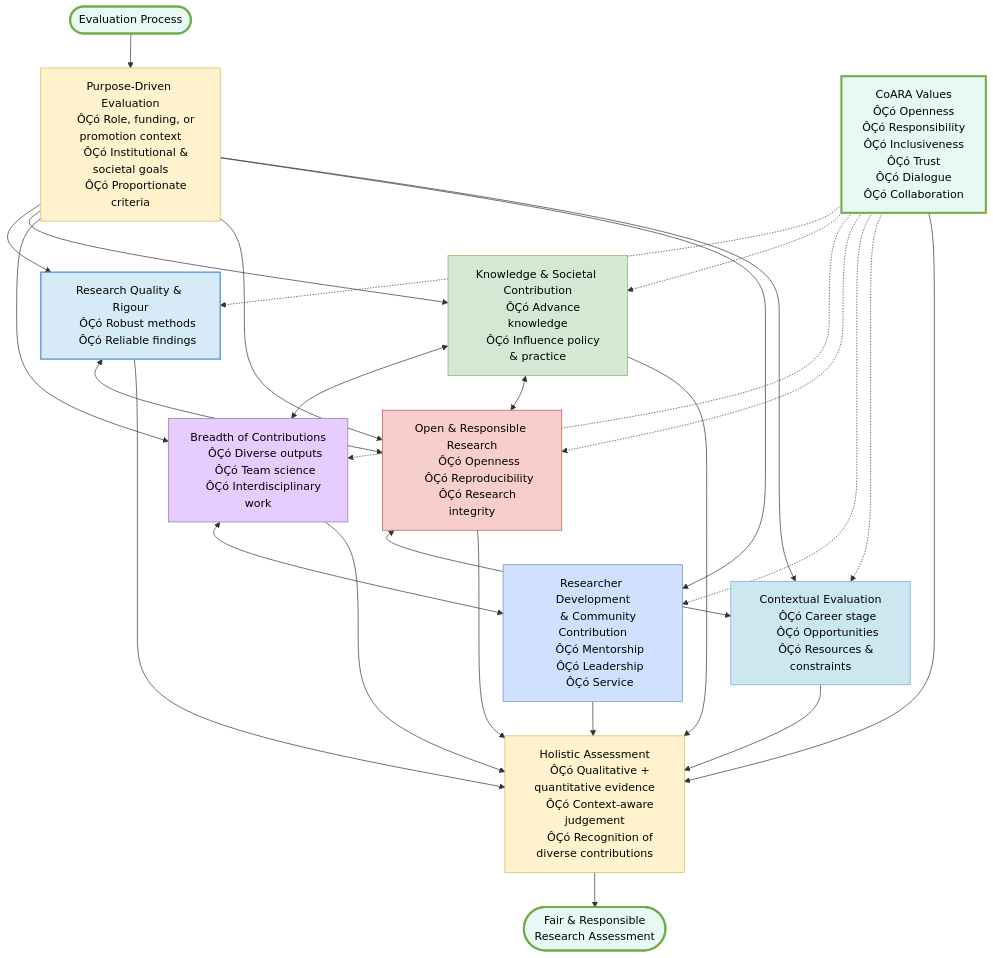
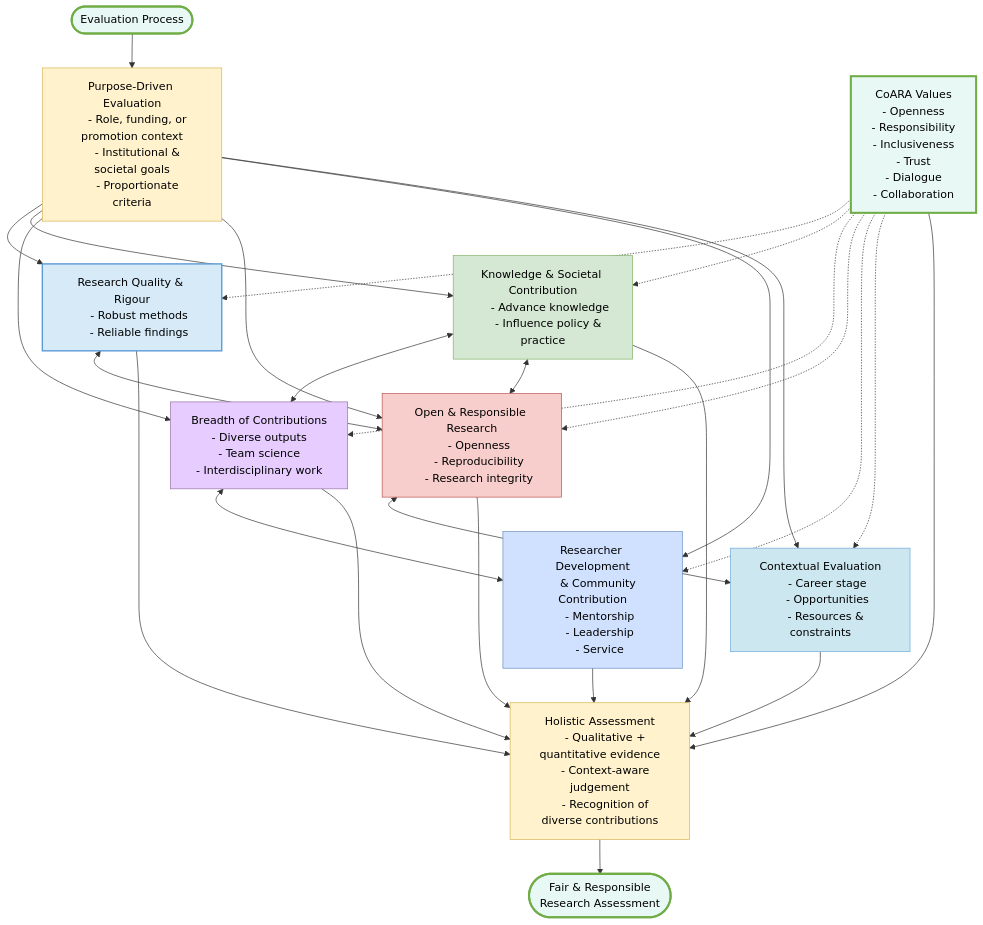
The third of 3 diagrams in 6.1-Research-Assessment-Reform-Guidance-for-Research-Evaluators.md (Digital-Future-Institute/CoARA), drawn with Mermaid before and after one commit. The commit also changed other lines of this file and 50 other files, not shown here.

```diff
--- a/6.1-Research-Assessment-Reform-Guidance-for-Research-Evaluators.md
+++ b/6.1-Research-Assessment-Reform-Guidance-for-Research-Evaluators.md
@@ -254,51 +254,51 @@
     START([Evaluation Process])
 
     PURPOSE["Purpose-Driven Evaluation
-    ÔÇó Role, funding, or promotion context
-    ÔÇó Institutional & societal goals
-    ÔÇó Proportionate criteria"]
+    - Role, funding, or promotion context
+    - Institutional & societal goals
+    - Proportionate criteria"]
 
     A["Research Quality & Rigour
-    ÔÇó Robust methods
-    ÔÇó Reliable findings"]
+    - Robust methods
+    - Reliable findings"]
 
     B["Knowledge & Societal Contribution
-    ÔÇó Advance knowledge
-    ÔÇó Influence policy & practice"]
+    - Advance knowledge
+    - Influence policy & practice"]
 
     C["Breadth of Contributions
-    ÔÇó Diverse outputs
-    ÔÇó Team science
-    ÔÇó Interdisciplinary work"]
+    - Diverse outputs
+    - Team science
+    - Interdisciplinary work"]
 
     D["Open & Responsible Research
-    ÔÇó Openness
-    ÔÇó Reproducibility
-    ÔÇó Research integrity"]
+    - Openness
+    - Reproducibility
+    - Research integrity"]
 
     E["Researcher Development
     & Community Contribution
-    ÔÇó Mentorship
-    ÔÇó Leadership
-    ÔÇó Service"]
+    - Mentorship
+    - Leadership
+    - Service"]
 
     F["Contextual Evaluation
-    ÔÇó Career stage
-    ÔÇó Opportunities
-    ÔÇó Resources & constraints"]
+    - Career stage
+    - Opportunities
+    - Resources & constraints"]
 
     G["CoARA Values
-    ÔÇó Openness
-    ÔÇó Responsibility
-    ÔÇó Inclusiveness
-    ÔÇó Trust
-    ÔÇó Dialogue
-    ÔÇó Collaboration"]
+    - Openness
+    - Responsibility
+    - Inclusiveness
+    - Trust
+    - Dialogue
+    - Collaboration"]
 
     DECISION["Holistic Assessment
-    ÔÇó Qualitative + quantitative evidence
-    ÔÇó Context-aware judgement
-    ÔÇó Recognition of diverse contributions"]
+    - Qualitative + quantitative evidence
+    - Context-aware judgement
+    - Recognition of diverse contributions"]
 
     END([Fair & Responsible
     Research Assessment])
```
